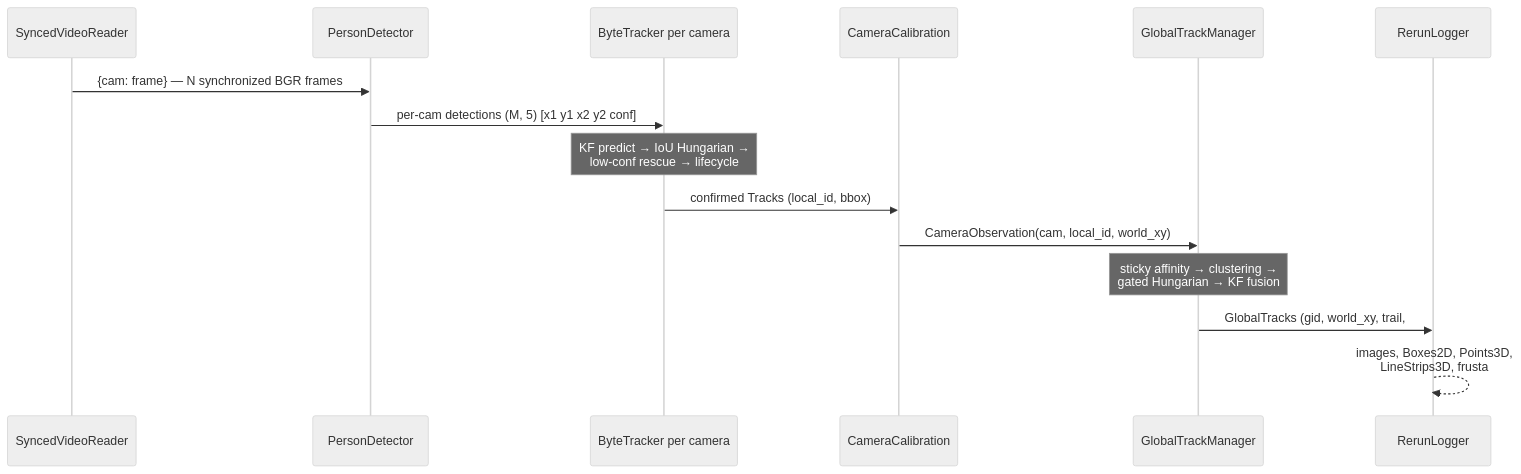
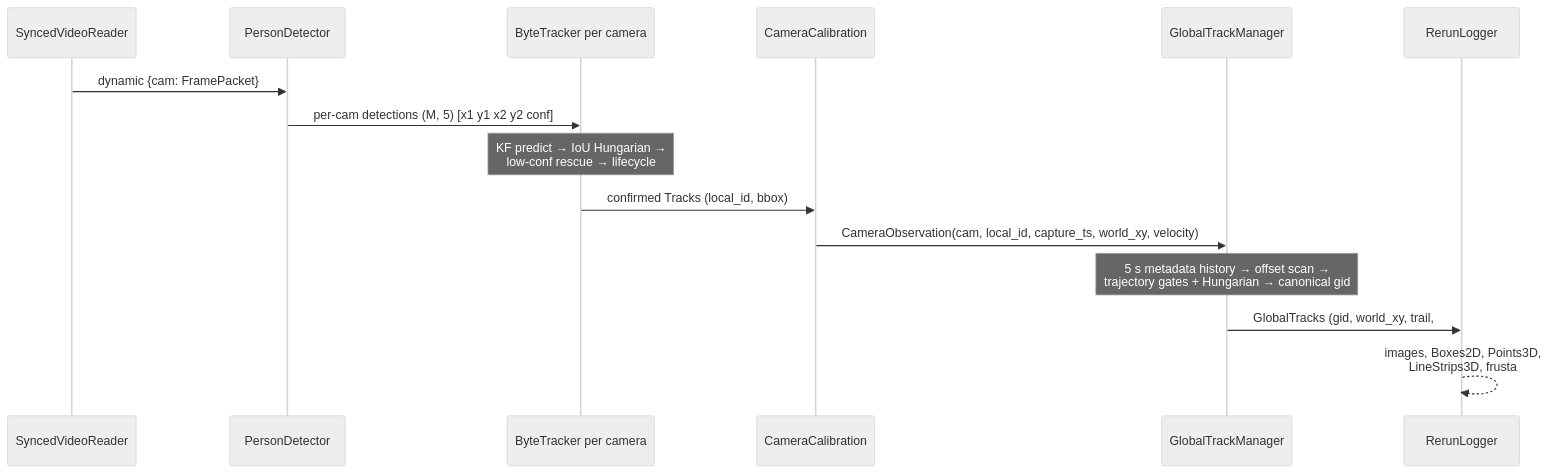
The second of 2 diagrams in README.md (hahoangtuanhung-hust/Multi-Camera-Tracking), drawn with Mermaid (neutral theme) before and after one commit. The commit also changed other lines of this file, not shown here.

Commit message:
docs: update architecture, benchmark results, and configuration reference

````diff
--- a/README.md
+++ b/README.md
@@ -113,18 +147,18 @@
 ```mermaid
 sequenceDiagram
     participant R as SyncedVideoReader
     participant Y as PersonDetector
     participant B as ByteTracker per camera
     participant C as CameraCalibration
     participant G as GlobalTrackManager
     participant Z as RerunLogger
 
-    R->>Y: {cam: frame} — N synchronized BGR frames
+    R->>Y: dynamic {cam: FramePacket}
     Y->>B: per-cam detections (M, 5) [x1 y1 x2 y2 conf]
     Note over B: KF predict → IoU Hungarian →<br/>low-conf rescue → lifecycle
     B->>C: confirmed Tracks (local_id, bbox)
-    C->>G: CameraObservation(cam, local_id, world_xy)
-    Note over G: sticky affinity → clustering →<br/>gated Hungarian → KF fusion
+    C->>G: CameraObservation(cam, local_id, capture_ts, world_xy, velocity)
+    Note over G: 5 s metadata history → offset scan →<br/>trajectory gates + Hungarian → canonical gid
     G->>Z: GlobalTracks (gid, world_xy, trail, #cams)
     Z-->>Z: images, Boxes2D, Points3D,<br/>LineStrips3D, frusta
 ```
````
